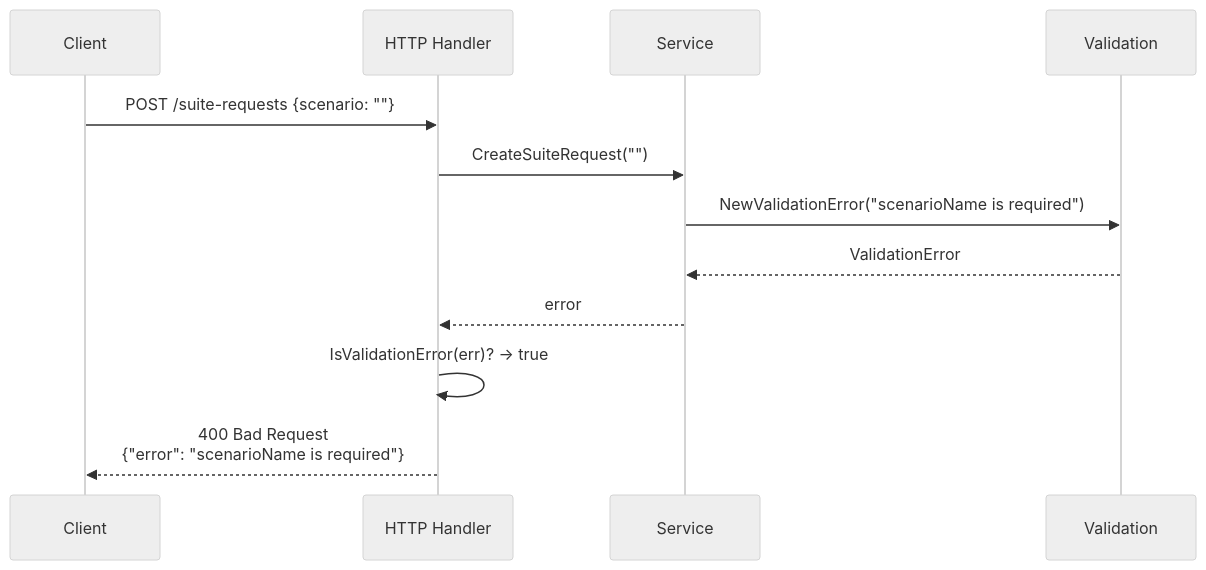
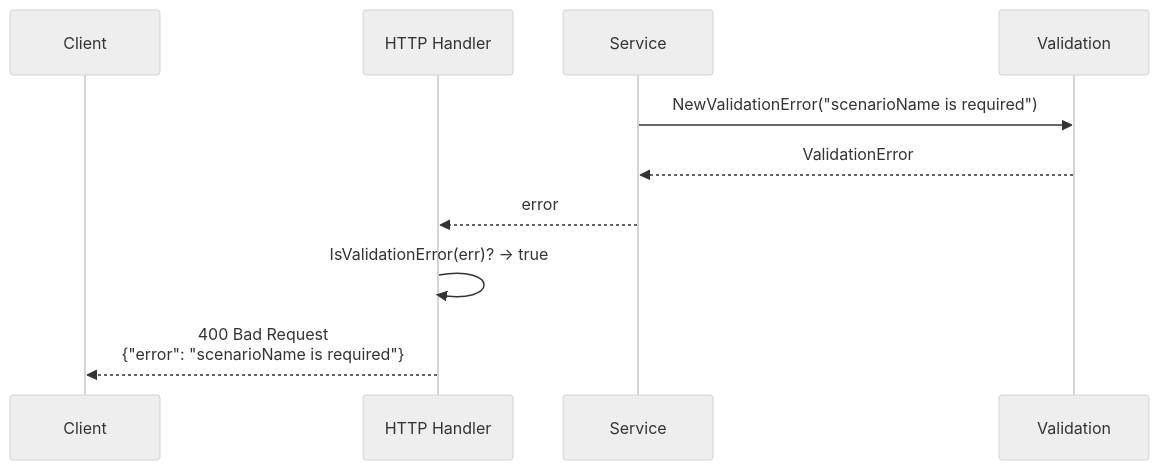
One commit to Vrooli/Vrooli changed the second of 2 diagrams in scenarios/test-genie/api/internal/shared/README.md. Above: the diagram before and after it, drawn with Mermaid (neutral theme). The commit also changed 183 other files, not shown here.

````diff
--- a/scenarios/test-genie/api/internal/shared/README.md
+++ b/scenarios/test-genie/api/internal/shared/README.md
@@ -96,15 +96,13 @@
 ```mermaid
 sequenceDiagram
     participant C as Client
     participant H as HTTP Handler
     participant S as Service
     participant V as Validation
 
-    C->>H: POST /suite-requests {scenario: ""}
-    H->>S: CreateSuiteRequest("")
     S->>V: NewValidationError("scenarioName is required")
     V-->>S: ValidationError
     S-->>H: error
     H->>H: IsValidationError(err)? → true
     H-->>C: 400 Bad Request<br/>{"error": "scenarioName is required"}
 ```
````
